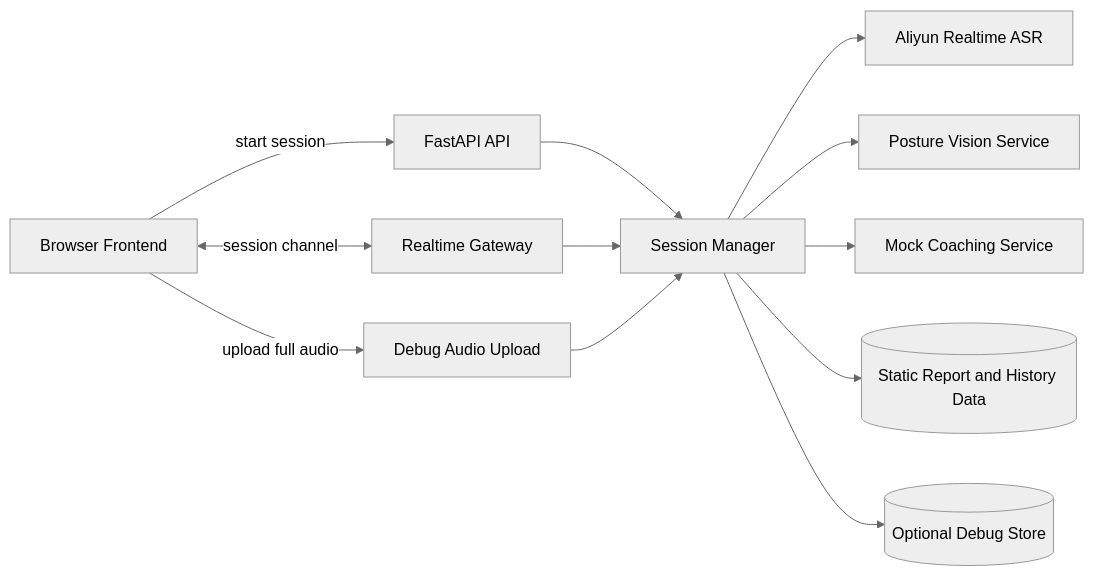
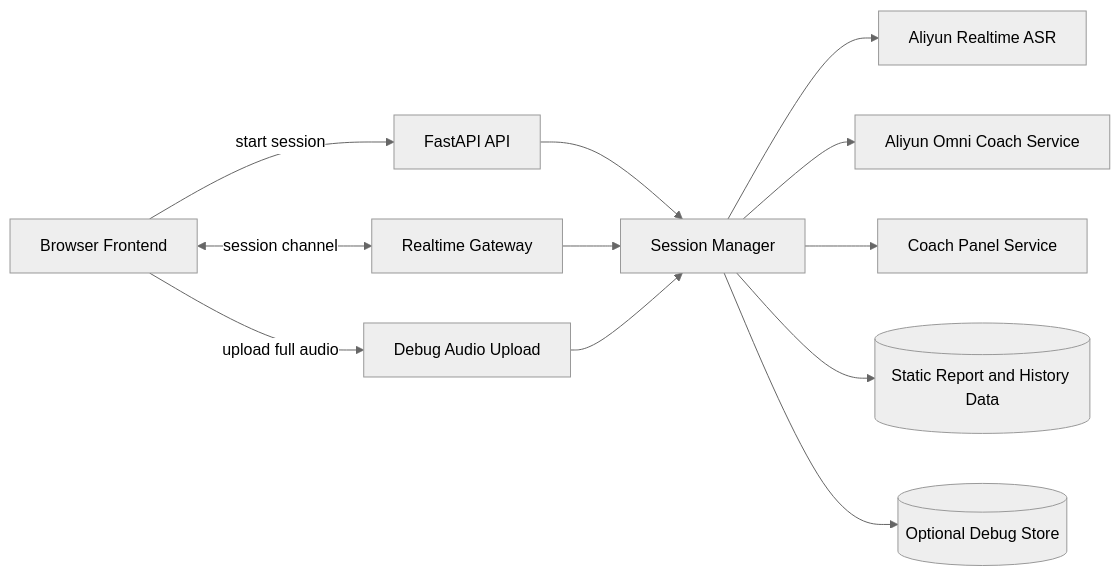
One commit to Nigel-yuan/speak_up changed the diagram in backend/REALTIME_ARCHITECTURE.md. Above: the diagram before and after it, drawn with Mermaid (neutral theme). The commit also changed other lines of this file and 28 other files, not shown here.

````diff
--- a/backend/REALTIME_ARCHITECTURE.md
+++ b/backend/REALTIME_ARCHITECTURE.md
@@ -49,16 +47,16 @@
 ```mermaid
 flowchart LR
     A[Browser Frontend] -->|start session| B[FastAPI API]
     A <-->|session channel| C[Realtime Gateway]
     A -->|upload full audio| D[Debug Audio Upload]
 
     B --> E[Session Manager]
     C --> E
     D --> E
 
     E --> F[Aliyun Realtime ASR]
-    E --> G[Posture Vision Service]
-    E --> H[Mock Coaching Service]
+    E --> G[Aliyun Omni Coach Service]
+    E --> H[Coach Panel Service]
     E --> I[(Static Report and History Data)]
     E --> J[(Optional Debug Store)]
 ```
````
